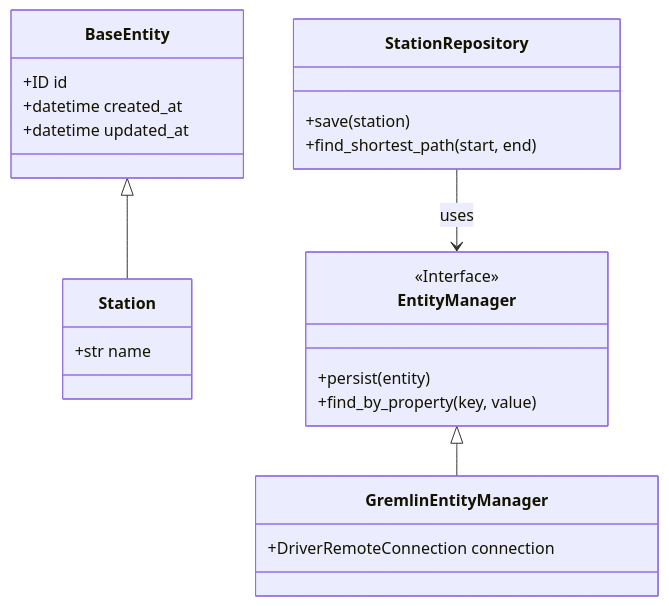
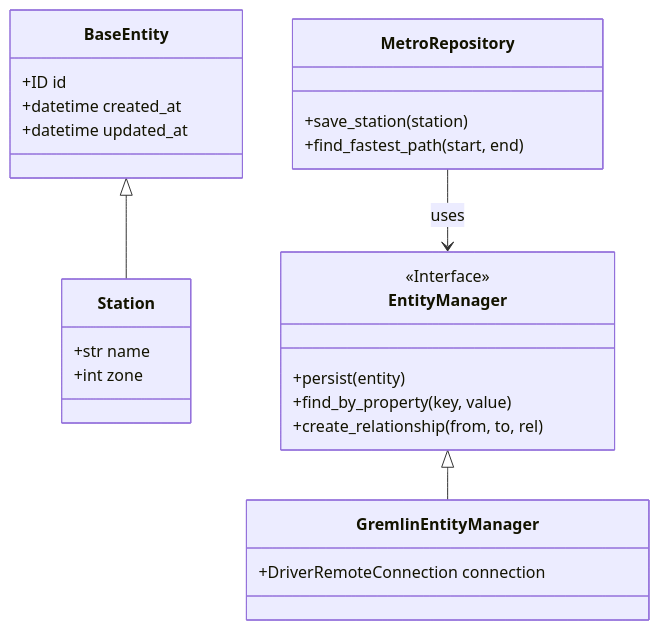
The diagram in README.md (soltani-a/soltania-python-persistence-api), drawn with Mermaid before and after one commit. The commit also changed other lines of this file and 13 other files, not shown here.

````diff
--- a/README.md
+++ b/README.md
@@ -34,28 +34,31 @@
 ```mermaid
 classDiagram
     class BaseEntity {
         +ID id
         +datetime created_at
         +datetime updated_at
     }
     class Station {
         +str name
+        +int zone
     }
     BaseEntity <|-- Station
     
     class EntityManager {
         <<Interface>>
         +persist(entity)
         +find_by_property(key, value)
+        +create_relationship(from, to, rel)
     }
     class GremlinEntityManager {
         +DriverRemoteConnection connection
     }
     EntityManager <|-- GremlinEntityManager
     
-    class StationRepository {
-        +save(station)
-        +find_shortest_path(start, end)
+    class MetroRepository {
+        +save_station(station)
+        +find_fastest_path(start, end)
     }
-    StationRepository --> EntityManager : uses
+    MetroRepository --> EntityManager : uses
+
 ```
````
